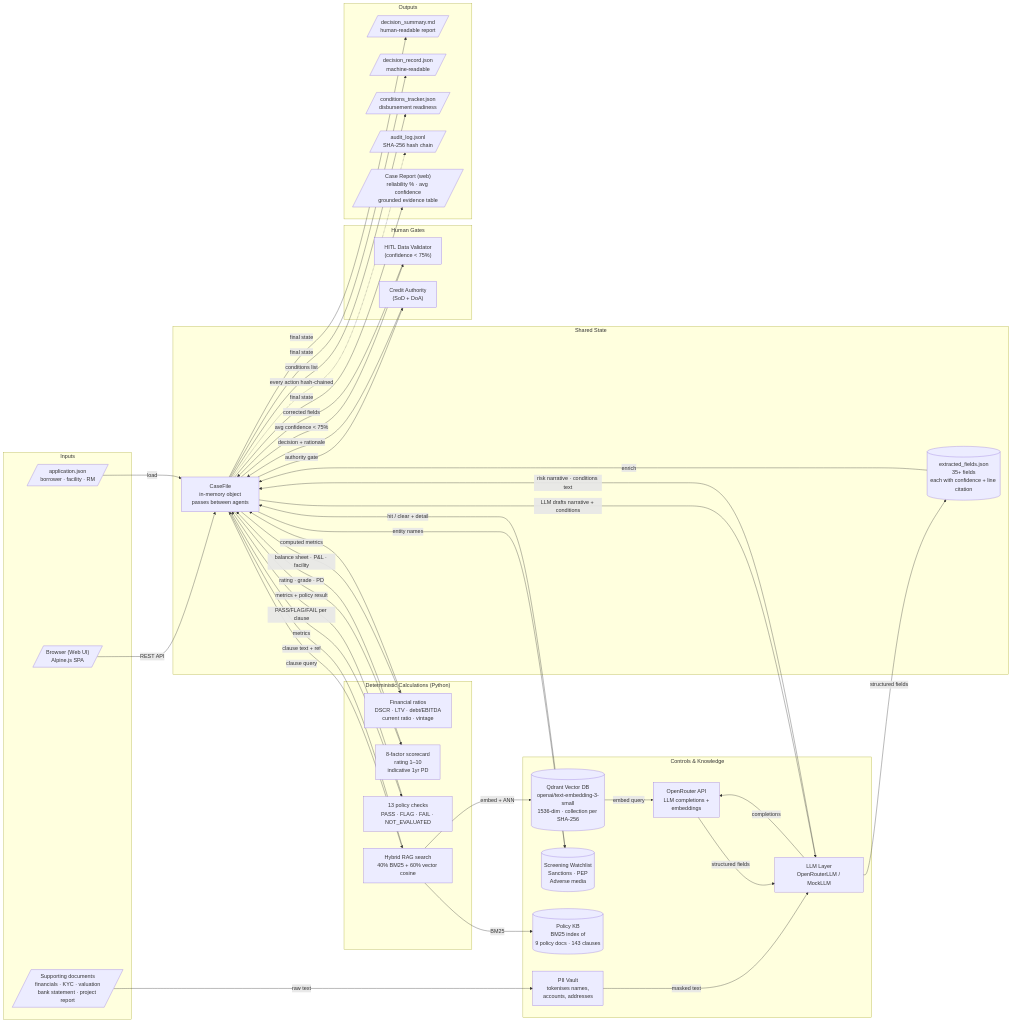
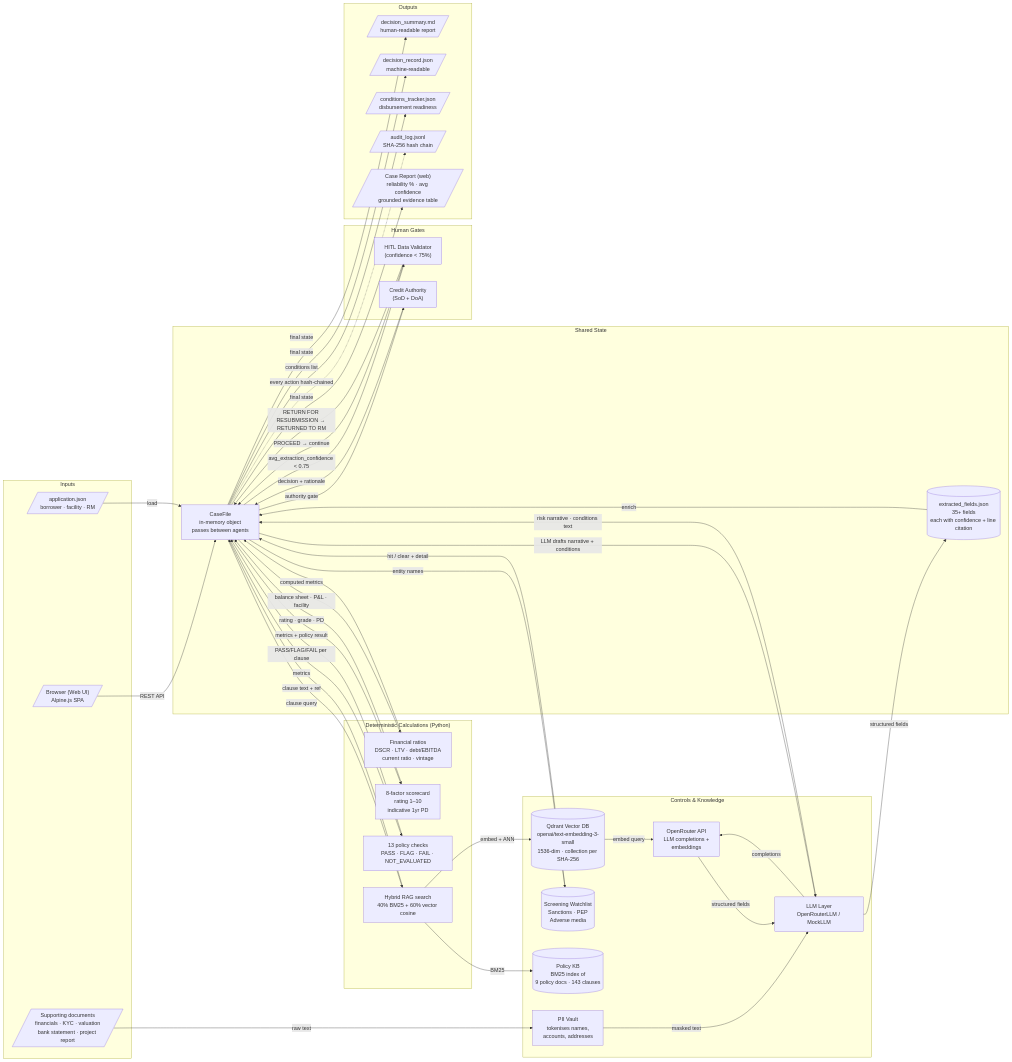
The diagram in prototype/docs/data_flow.md (alokranjan04/loan-lifecycle), drawn with Mermaid before and after one commit. The commit also changed other lines of this file and 13 other files, not shown here.

```diff
--- a/prototype/docs/data_flow.md
+++ b/prototype/docs/data_flow.md
@@ -73,8 +73,9 @@
     CF -->|metrics + policy result| Score
     Score -->|rating · grade · PD| CF
 
-    CF -->|avg confidence < 75%| HITL
-    HITL -->|corrected fields| CF
+    CF -->|avg_extraction_confidence < 0.75| HITL
+    HITL -->|"PROCEED → continue"| CF
+    HITL -->|"RETURN FOR RESUBMISSION → RETURNED TO RM"| CF
 
     CF -->|LLM drafts narrative + conditions| LLM
     LLM -->|risk narrative · conditions text| CF
```
